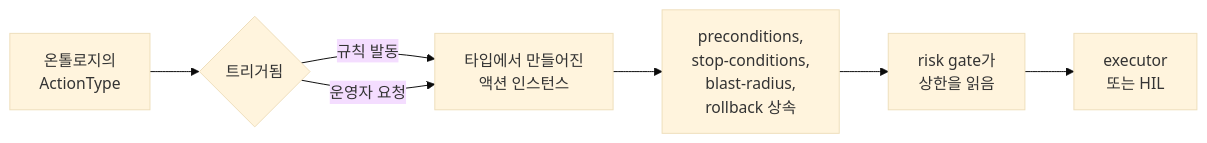
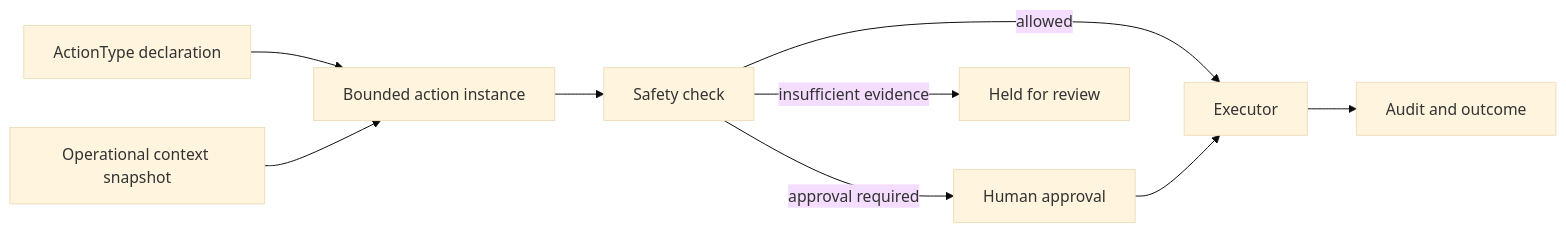
Before and after one commit to dotnetpower/fdai: the second of 2 diagrams in docs/user-guide/concepts/ontology-driven-automation-ko.md, drawn with Mermaid (base theme). The commit also changed other lines of this file and 1 other file, not shown here.

````diff
--- a/docs/user-guide/concepts/ontology-driven-automation-ko.md
+++ b/docs/user-guide/concepts/ontology-driven-automation-ko.md
@@ -85,9 +135,11 @@
 ```mermaid
 flowchart LR
-  T[온톨로지의<br/>ActionType] --> M{트리거됨}
-  M -->|규칙 발동| I[타입에서 만들어진<br/>액션 인스턴스]
-  M -->|운영자 요청| I
-  I --> C[preconditions,<br/>stop-conditions,<br/>blast-radius,<br/>rollback 상속]
-  C --> G[risk gate가<br/>상한을 읽음]
-  G --> X[executor<br/>또는 HIL]
+  T[ActionType declaration] --> I[Bounded action instance]
+  C[Operational context snapshot] --> I
+  I --> G[Safety check]
+  G -->|allowed| X[Executor]
+  G -->|approval required| H[Human approval]
+  G -->|insufficient evidence| R[Held for review]
+  X --> A[Audit and outcome]
+  H --> X
 ```
````
